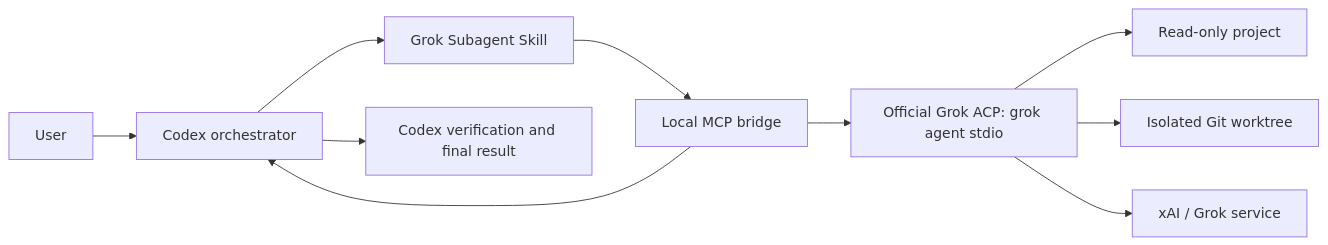
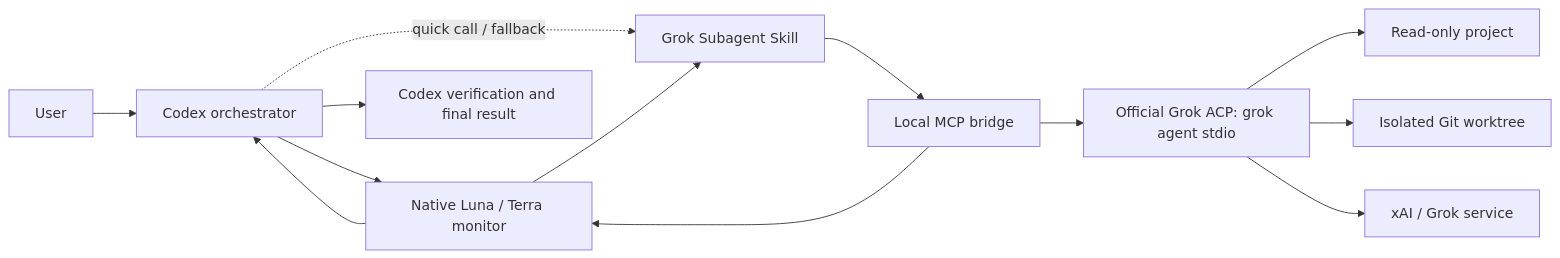
Before and after one commit to ms903/grok-subagent: the diagram in README.en.md, drawn with Mermaid. The commit also changed other lines of this file and 5 other files, not shown here.

Commit message:
docs: explain native Grok progress monitoring

````diff
--- a/README.en.md
+++ b/README.en.md
@@ -66,12 +67,15 @@
 ```mermaid
 flowchart LR
     U["User"] --> C["Codex orchestrator"]
-    C --> S["Grok Subagent Skill"]
+    C --> N["Native Luna / Terra monitor"]
+    C -. "quick call / fallback" .-> S["Grok Subagent Skill"]
+    N --> S
     S --> M["Local MCP bridge"]
     M --> A["Official Grok ACP: grok agent stdio"]
     A --> R["Read-only project"]
     A --> W["Isolated Git worktree"]
     A --> X["xAI / Grok service"]
-    M --> C
+    M --> N
+    N --> C
     C --> V["Codex verification and final result"]
 ```
````
